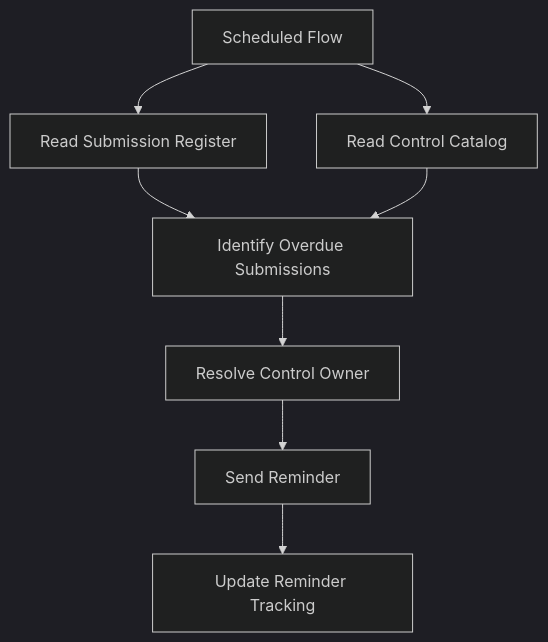
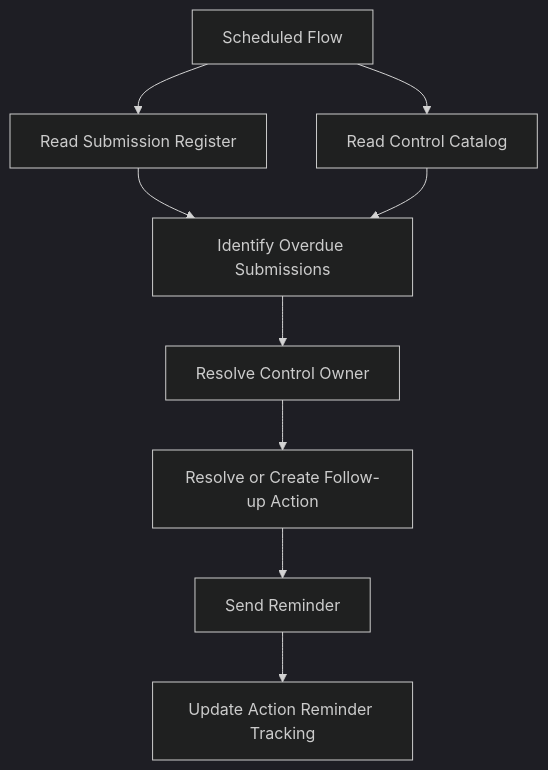
Before and after one commit to gw-ai-security/cyber-governance-automation-lab: the third of 3 diagrams in docs/architecture.md, drawn with Mermaid (dark theme). The commit also changed other lines of this file and 3 other files, not shown here.

````diff
--- a/docs/architecture.md
+++ b/docs/architecture.md
@@ -29,10 +45,11 @@
 ```mermaid
 flowchart TD
     A[Scheduled Flow] --> B[Read Submission Register]
     A --> C[Read Control Catalog]
     B --> D[Identify Overdue Submissions]
     C --> D
     D --> E[Resolve Control Owner]
-    E --> F[Send Reminder]
-    F --> G[Update Reminder Tracking]
+    E --> F[Resolve or Create Follow-up Action]
+    F --> G[Send Reminder]
+    G --> H[Update Action Reminder Tracking]
 ```
````
